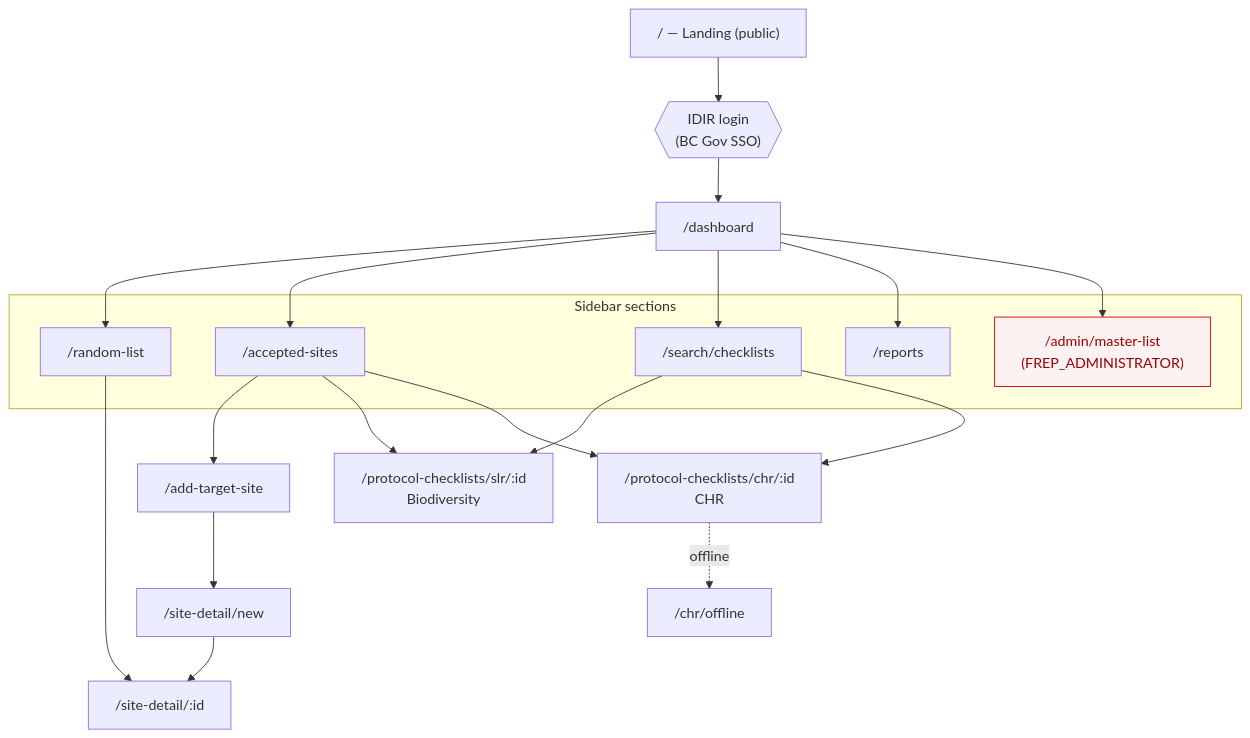
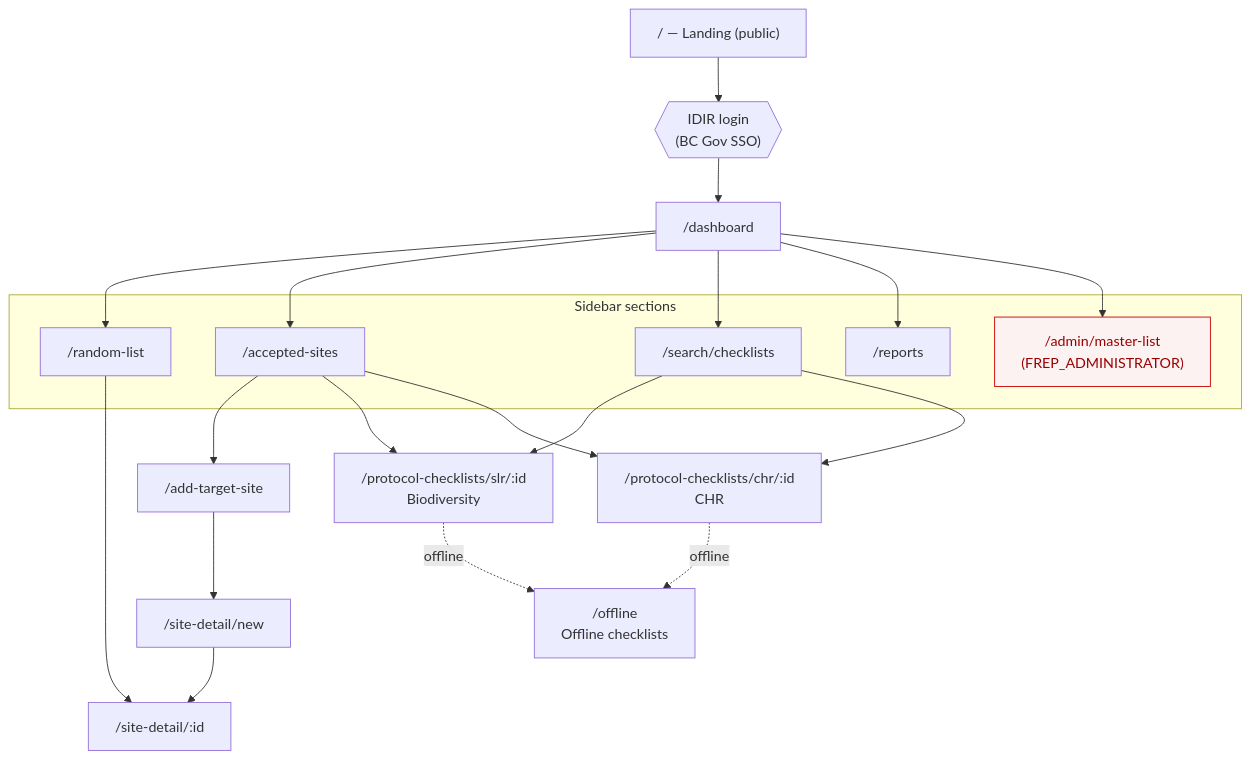
One commit to bcgov/nr-frep changed the diagram in docs/site-map.md. Above: the diagram before and after it, drawn with Mermaid. The commit also changed other lines of this file and 80 other files, not shown here.

First line of the commit message:
feat: SLR offline flow (#85)

````diff
--- a/docs/site-map.md
+++ b/docs/site-map.md
@@ -43,41 +43,42 @@
 ```mermaid
 flowchart TD
     landing["/ — Landing (public)"]
     login{{"IDIR login<br/>(BC Gov SSO)"}}
     dash["/dashboard"]
 
     landing --> login --> dash
 
     subgraph sidebar["Sidebar sections"]
         rl["/random-list"]
         as["/accepted-sites"]
         cs["/search/checklists"]
         rep["/reports"]
         adm["/admin/master-list<br/>(FREP_ADMINISTRATOR)"]
     end
 
     dash --> rl
     dash --> as
     dash --> cs
     dash --> rep
     dash --> adm
 
     ats["/add-target-site"]
     sdnew["/site-detail/new"]
     sd["/site-detail/:id"]
     bio["/protocol-checklists/slr/:id<br/>Biodiversity"]
     chr["/protocol-checklists/chr/:id<br/>CHR"]
-    chroff["/chr/offline"]
+    off["/offline<br/>Offline checklists"]
 
     rl --> sd
     as --> ats
     as --> bio
     as --> chr
     ats --> sdnew --> sd
     cs --> bio
     cs --> chr
-    chr -.->|offline| chroff
+    chr -.->|offline| off
+    bio -.->|offline| off
 
     classDef admin fill:#fdf2f2,stroke:#c00,color:#900;
     class adm admin;
 ```
````
